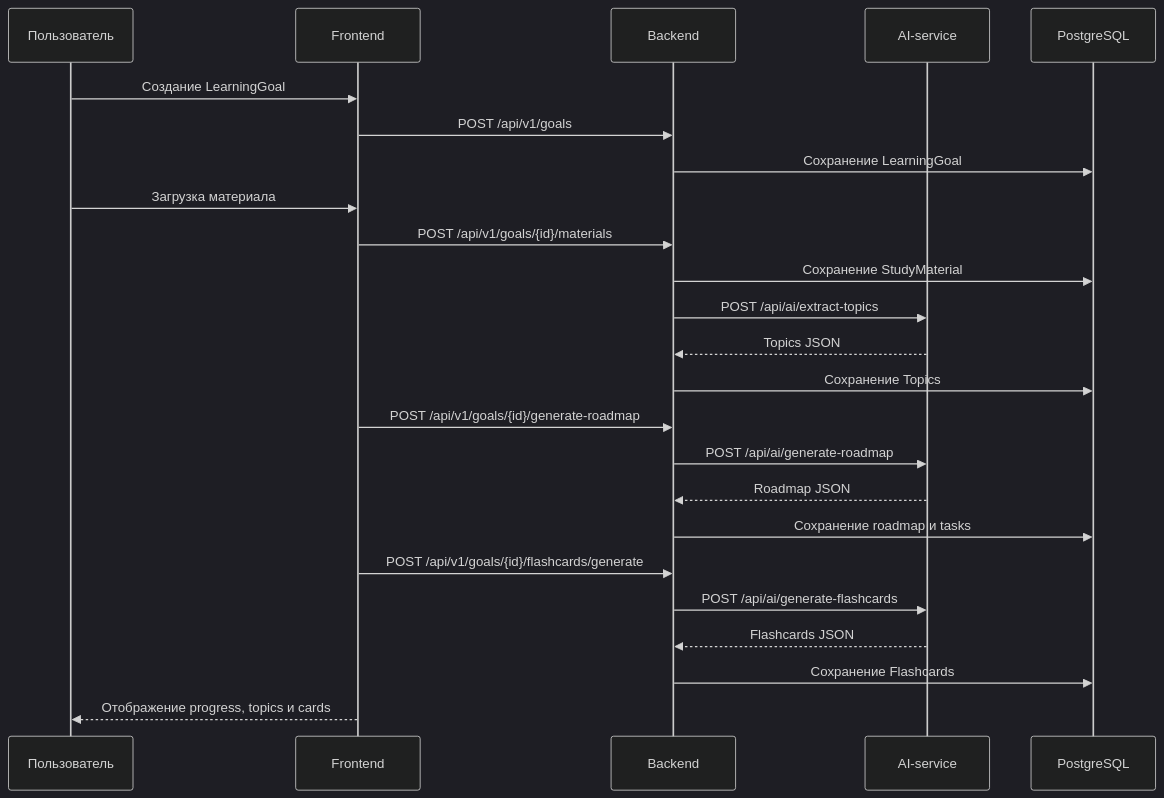
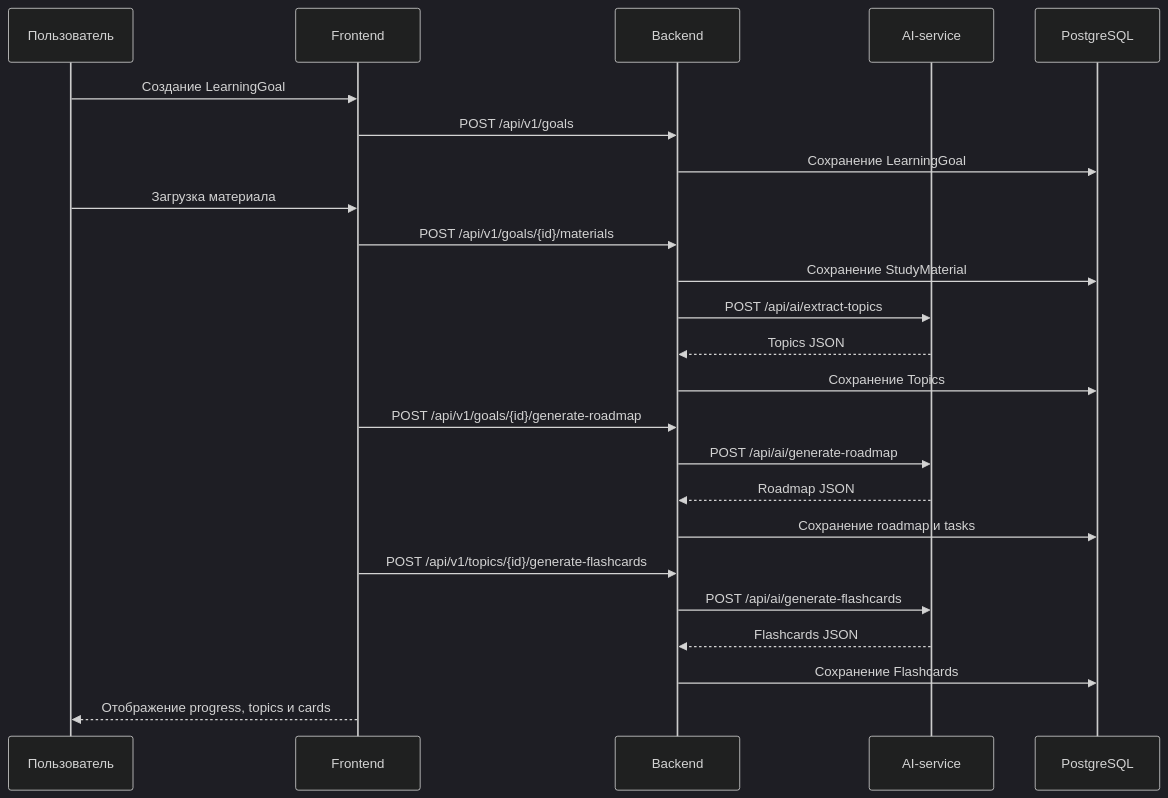
Before and after one commit to griagaf/EducationSystem: the diagram in docs/diagrams/learning-flow-sequence.mmd, drawn with Mermaid (dark theme). The commit also changed 28 other files, not shown here.

```diff
--- a/docs/diagrams/learning-flow-sequence.mmd
+++ b/docs/diagrams/learning-flow-sequence.mmd
@@ -1,25 +1,25 @@
 sequenceDiagram
     participant U as Пользователь
     participant F as Frontend
     participant B as Backend
     participant A as AI-service
     participant DB as PostgreSQL
 
     U->>F: Создание LearningGoal
     F->>B: POST /api/v1/goals
     B->>DB: Сохранение LearningGoal
     U->>F: Загрузка материала
     F->>B: POST /api/v1/goals/{id}/materials
     B->>DB: Сохранение StudyMaterial
     B->>A: POST /api/ai/extract-topics
     A-->>B: Topics JSON
     B->>DB: Сохранение Topics
     F->>B: POST /api/v1/goals/{id}/generate-roadmap
     B->>A: POST /api/ai/generate-roadmap
     A-->>B: Roadmap JSON
     B->>DB: Сохранение roadmap и tasks
-    F->>B: POST /api/v1/goals/{id}/flashcards/generate
+    F->>B: POST /api/v1/topics/{id}/generate-flashcards
     B->>A: POST /api/ai/generate-flashcards
     A-->>B: Flashcards JSON
     B->>DB: Сохранение Flashcards
     F-->>U: Отображение progress, topics и cards
```
